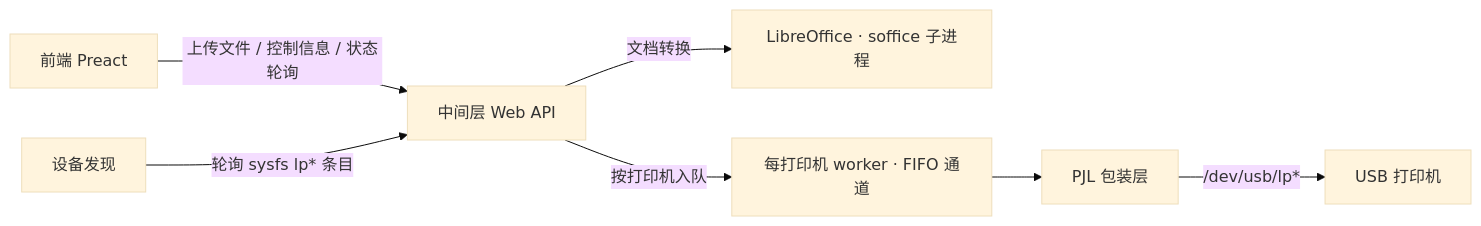
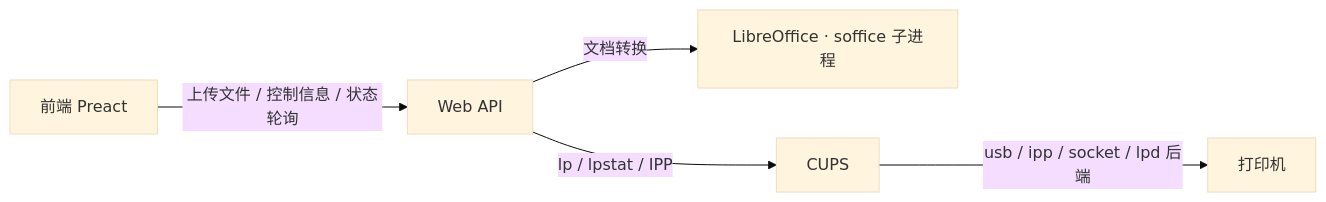
One commit to NIyueeE/just-print changed the diagram in README.md. Above: the diagram before and after it, drawn with Mermaid (base theme). The commit also changed other lines of this file and 7 other files, not shown here.

````diff
--- a/README.md
+++ b/README.md
@@ -24,9 +21,7 @@
 ```mermaid
 flowchart LR
-    FE[前端 Preact] -->|上传文件 / 控制信息 / 状态轮询| API[中间层 Web API]
+    FE[前端 Preact] -->|上传文件 / 控制信息 / 状态轮询| API[Web API]
     API -->|文档转换| CVT[LibreOffice · soffice 子进程]
-    API -->|按打印机入队| W[每打印机 worker · FIFO 通道]
-    W --> PJL[PJL 包装层]
-    PJL -->|/dev/usb/lp*| PRT[USB 打印机]
-    DIS[设备发现] -->|轮询 sysfs lp* 条目| API
+    API -->|lp / lpstat / IPP| CUPS[CUPS]
+    CUPS -->|usb / ipp / socket / lpd 后端| PRINTER[打印机]
 ```
````
